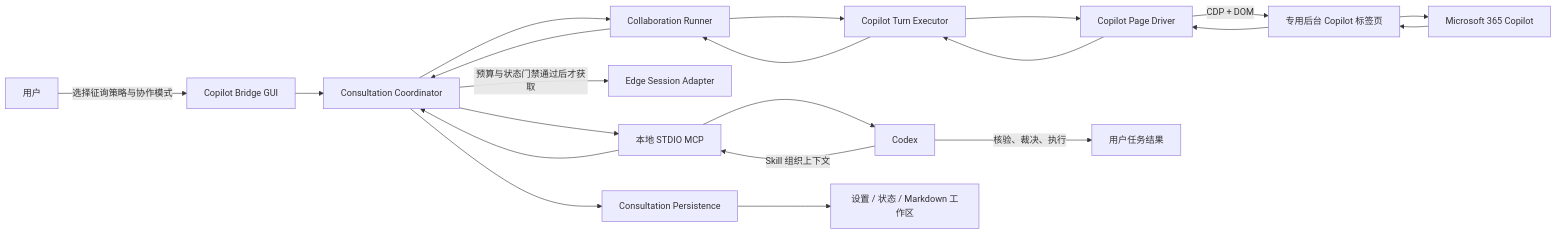
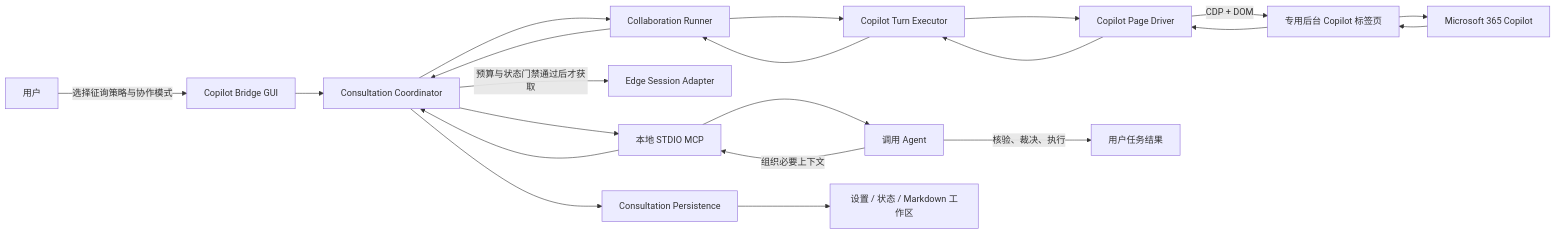
Before and after one commit to RANJIANG23/Copilot-Bridge: the first of 2 diagrams in PROJECT-DESIGN.md, drawn with Mermaid. The commit also changed other lines of this file and 14 other files, not shown here.

````diff
--- a/PROJECT-DESIGN.md
+++ b/PROJECT-DESIGN.md
@@ -130,17 +130,17 @@
 ```mermaid
 flowchart LR
     U["用户"] -->|"选择征询策略与协作模式"| GUI["Copilot Bridge GUI"]
-    C["Codex"] -->|"Skill 组织上下文"| MCP["本地 STDIO MCP"]
+    C["调用 Agent"] -->|"组织必要上下文"| MCP["本地 STDIO MCP"]
     GUI --> CORE["Consultation Coordinator"]
     MCP --> CORE
     CORE -->|"预算与状态门禁通过后才获取"| EDGE["Edge Session Adapter"]
     CORE --> RUNNER["Collaboration Runner"]
     RUNNER --> TURN["Copilot Turn Executor"]
     TURN --> DRIVER["Copilot Page Driver"]
     DRIVER -->|"CDP + DOM"| TAB["专用后台 Copilot 标签页"]
     TAB --> WEB["Microsoft 365 Copilot"]
     CORE --> PERSIST["Consultation Persistence"]
     PERSIST --> LOCAL["设置 / 状态 / Markdown 工作区"]
     WEB --> TAB --> DRIVER --> TURN --> RUNNER --> CORE --> MCP --> C
     C -->|"核验、裁决、执行"| RESULT["用户任务结果"]
 ```
````
